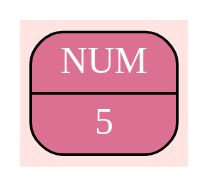
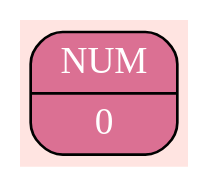
Before and after one commit to Shishkin-Vasiliy/Differentiator.Ai: the diagram in Log/pict_0.dot, drawn with Graphviz. The commit also changed 11 other files, not shown here.

```diff
--- a/Log/pict_0.dot
+++ b/Log/pict_0.dot
@@ -1,10 +1,10 @@
 digraph {
 bgcolor="#FFE4E1";
 rankdir=TB;
 nodesep=0.8;
 ranksep=0.9;
 node_0x5030000000a0 [shape=Mrecord; style=filled; fillcolor="#DB7093"; fontcolor="#FFFFFF";
-       label="  { NUM | 5 }"];
+       label="  { NUM | 0 }"];
 { rank=source; node_0x5030000000a0 };
 { rank=sink; node_0x5030000000a0 };
 }
```
